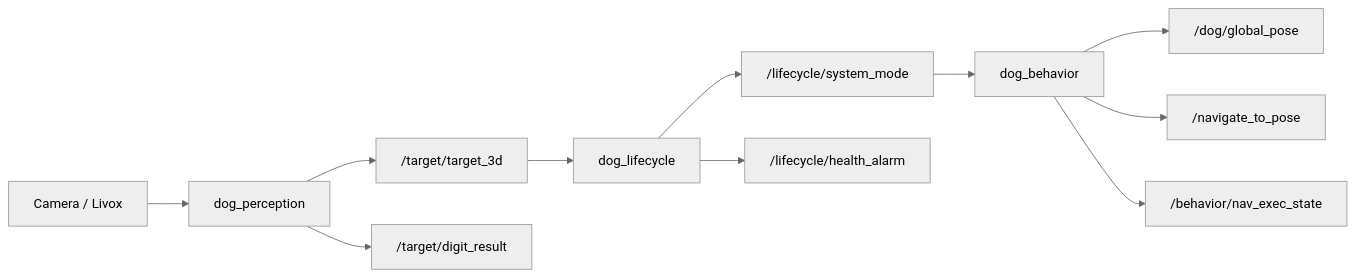
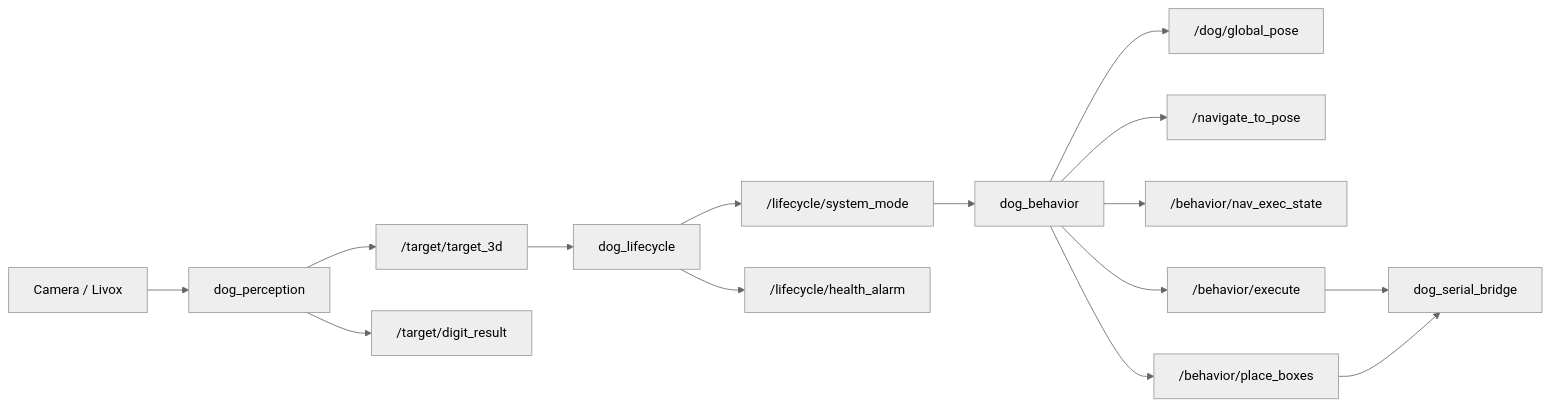
One commit to Phoenix-064/Dog changed the diagram in README.md. Above: the diagram before and after it, drawn with Mermaid (neutral theme). The commit also changed other lines of this file and 5 other files, not shown here.

```diff
--- a/README.md
+++ b/README.md
@@ -126,13 +141,17 @@
 ~~~mermaid
 flowchart LR
   A[Camera / Livox] --> B[dog_perception]
   B --> C["/target/target_3d"]
   B --> D["/target/digit_result"]
   C --> E[dog_lifecycle]
   E --> F["/lifecycle/system_mode"]
   E --> G["/lifecycle/health_alarm"]
   F --> H[dog_behavior]
   H --> I["/dog/global_pose"]
   H --> J["/navigate_to_pose"]
   H --> K["/behavior/nav_exec_state"]
+  H --> L["/behavior/execute"]
+  H --> M["/behavior/place_boxes"]
+  L --> N[dog_serial_bridge]
+  M --> N
 ~~~
```
